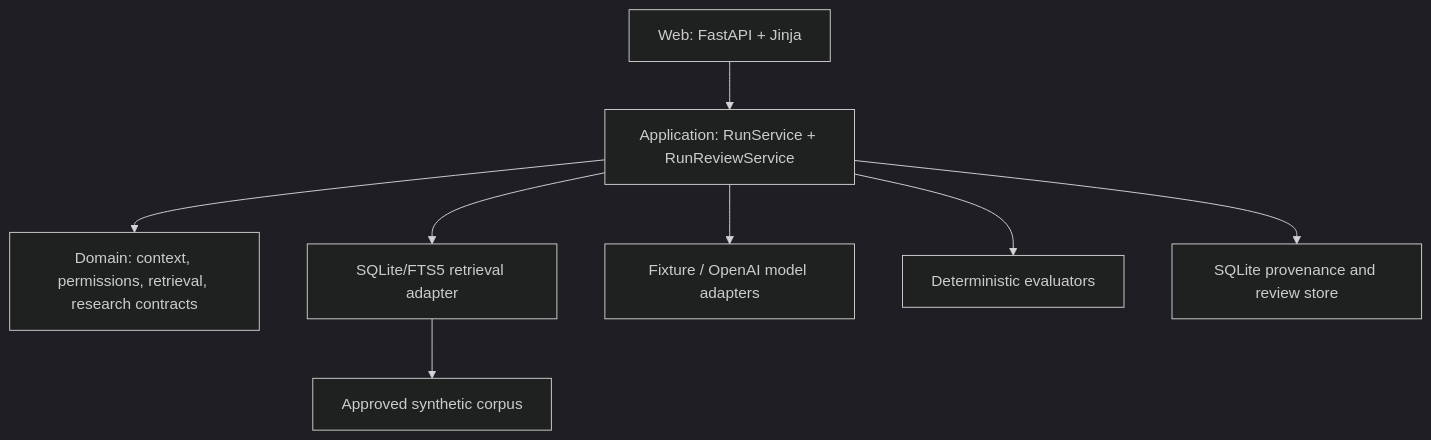
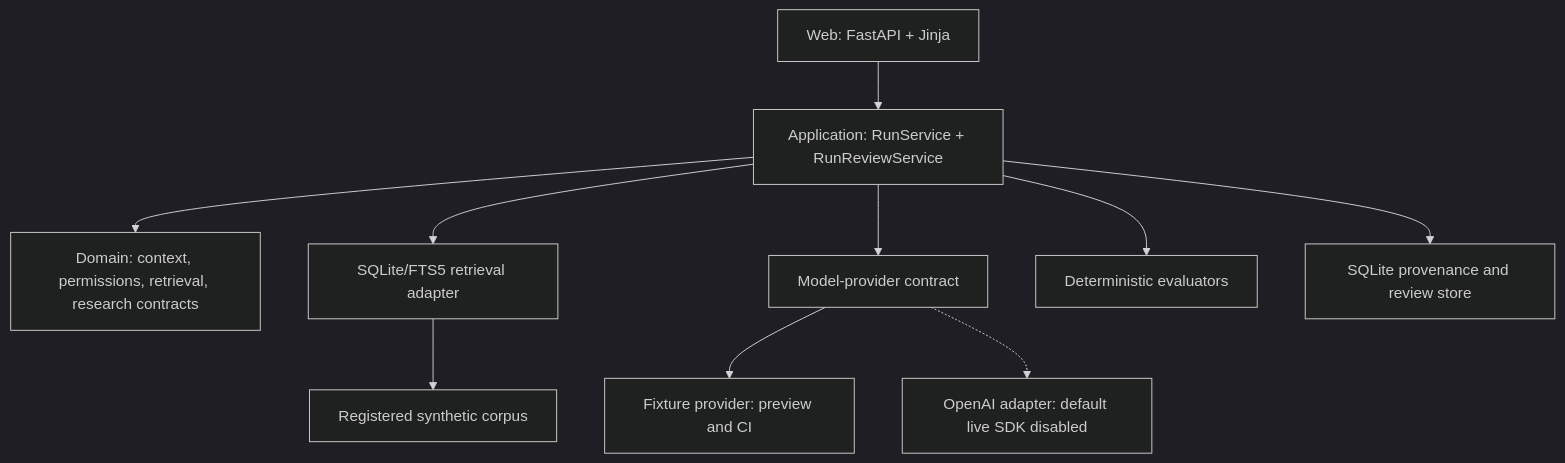
Before and after one commit to DataStrategyLab/privilab: the second of 2 diagrams in README.md, drawn with Mermaid (dark theme). The commit also changed other lines of this file and 3 other files, not shown here.

Commit message:
docs: polish PriviLAB README and add Developer Preview graphics (#51)

````diff
--- a/README.md
+++ b/README.md
@@ -90,10 +180,12 @@
 ```mermaid
 flowchart TB
     W["Web: FastAPI + Jinja"] --> A["Application: RunService + RunReviewService"]
     A --> D["Domain: context, permissions, retrieval, research contracts"]
     A --> R["SQLite/FTS5 retrieval adapter"]
-    A --> M["Fixture / OpenAI model adapters"]
+    A --> M["Model-provider contract"]
+    M --> F["Fixture provider: preview and CI"]
+    M -.-> O["OpenAI adapter: default live SDK disabled"]
     A --> E["Deterministic evaluators"]
     A --> P["SQLite provenance and review store"]
-    R --> C["Approved synthetic corpus"]
+    R --> C["Registered synthetic corpus"]
 ```
````
